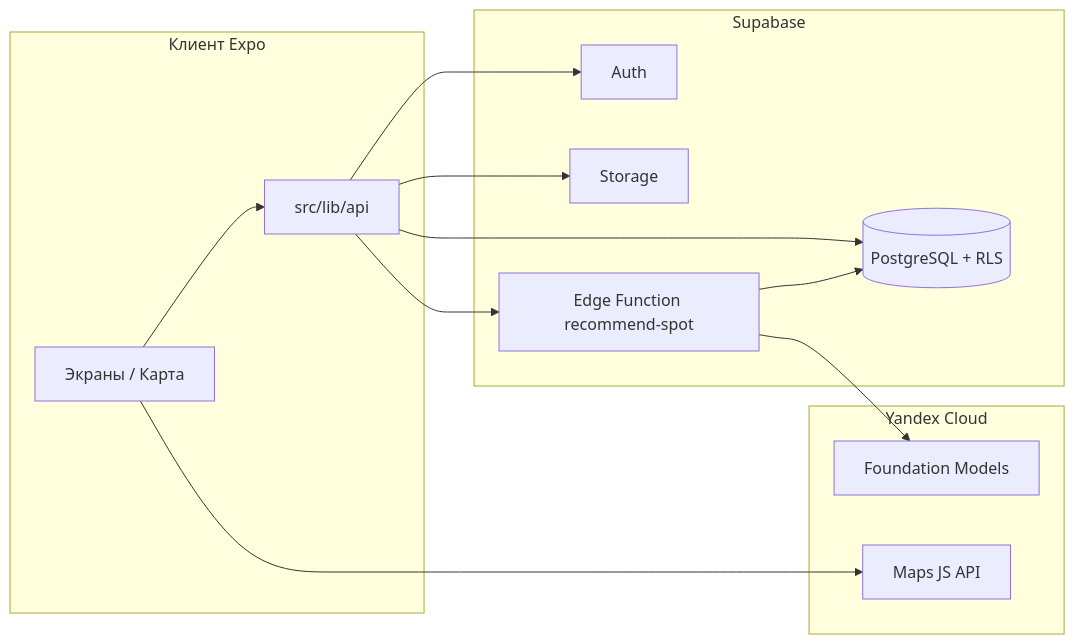
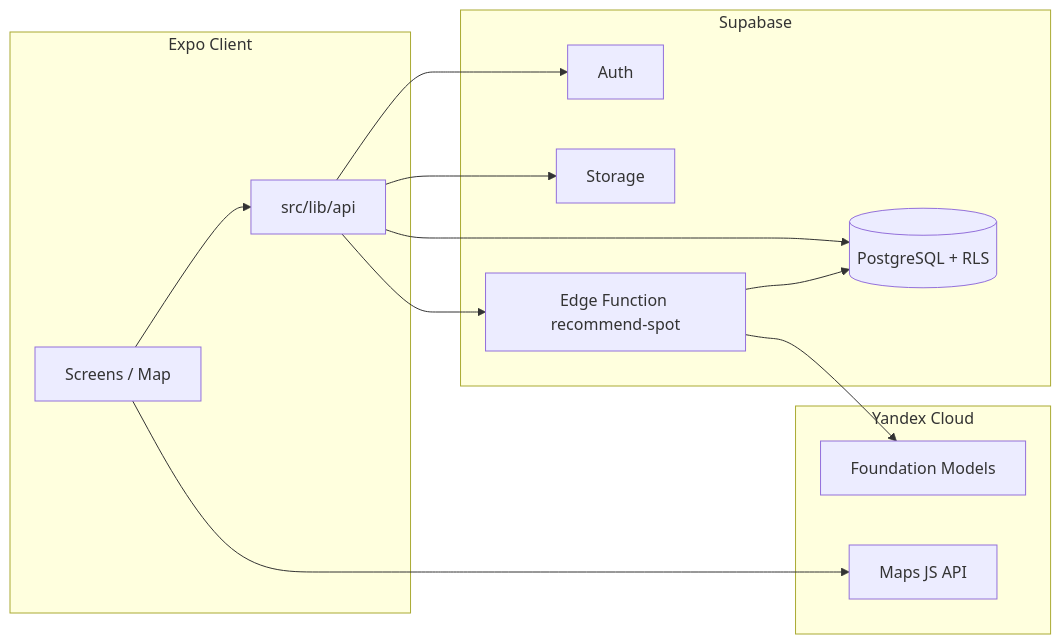
One commit to L3xu5/LLM-HFT-RYIBALKA changed the diagram in README.md. Above: the diagram before and after it, drawn with Mermaid. The commit also changed other lines of this file and 60 other files, not shown here.

````diff
--- a/README.md
+++ b/README.md
@@ -54,25 +61,25 @@
 ```mermaid
 flowchart LR
-  subgraph client [Клиент Expo]
-    UI[Экраны / Карта]
+  subgraph client [Expo Client]
+    UI[Screens / Map]
     API[src/lib/api]
   end
   subgraph supa [Supabase]
     PG[(PostgreSQL + RLS)]
     Auth[Auth]
     St[Storage]
     Fn[Edge Function recommend-spot]
   end
   subgraph yc [Yandex Cloud]
     LLM[Foundation Models]
     Maps[Maps JS API]
   end
   UI --> API
   API --> Auth
   API --> PG
   API --> St
   API --> Fn
   Fn --> PG
   Fn --> LLM
   UI --> Maps
 ```
````
